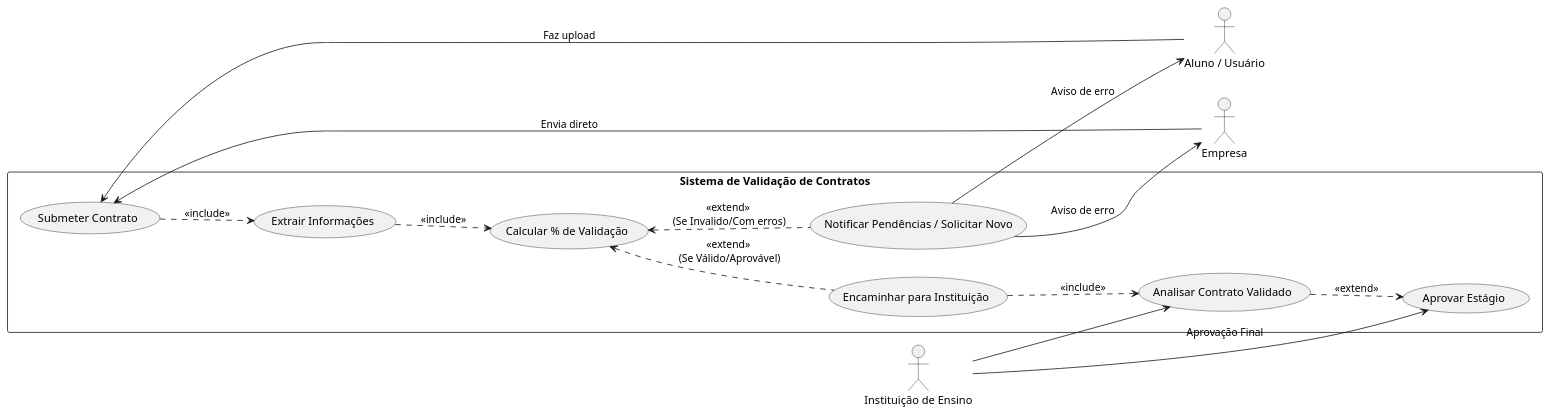
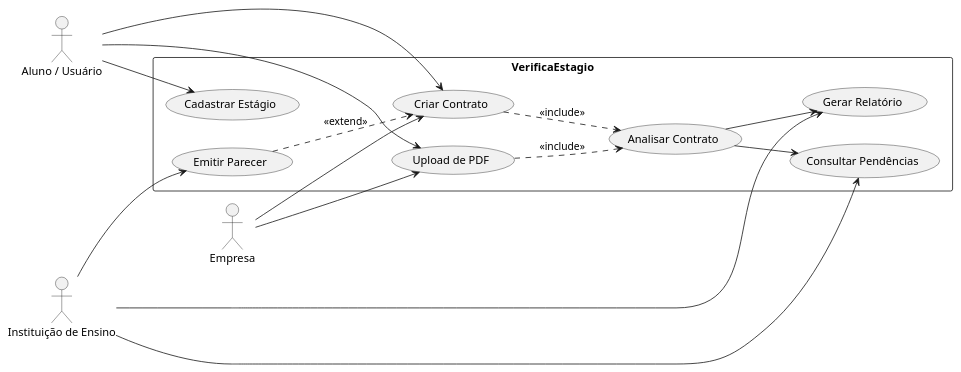
The diagram in docs/Elaboracao/casos_de_uso.md (Projetos-de-Extensao/PBE_26.1_8001_III), drawn with PlantUML before and after one commit. The commit also changed other lines of this file and 5 other files, not shown here.

````diff
--- a/docs/Elaboracao/casos_de_uso.md
+++ b/docs/Elaboracao/casos_de_uso.md
@@ -8,46 +40,38 @@
 ```plantuml
 @startuml
 left to right direction
 skinparam packageStyle rectangle
 
-' Atores
+actor "Aluno / Usuário" as Usuario
 actor "Empresa" as Empresa
-actor "Aluno / Usuário" as Aluno
 actor "Instituição de Ensino" as Instituicao
 
-' Sistema e Casos de Uso
-package "Sistema de Validação de Contratos" {
-    
-    usecase "Submeter Contrato" as UC01
-    usecase "Extrair Informações" as UC02
-    usecase "Calcular % de Validação" as UC03
-    usecase "Notificar Pendências / Solicitar Novo" as UC04
-    usecase "Encaminhar para Instituição" as UC05
-    usecase "Analisar Contrato Validado" as UC06
-    usecase "Aprovar Estágio" as UC07
+package "VerificaEstagio" {
+    usecase "Cadastrar Estágio" as U1
+    usecase "Criar Contrato" as U2
+    usecase "Upload de PDF" as U3
+    usecase "Analisar Contrato" as U4
+    usecase "Consultar Pendências" as U5
+    usecase "Gerar Relatório" as U6
+    usecase "Emitir Parecer" as U7
 }
 
-' Relacionamentos de Submissão
-Empresa --> UC01 : "Envia direto"
-Aluno --> UC01 : "Faz upload"
+Usuario --> U1
+Usuario --> U2
+Usuario --> U3
 
-' Fluxo Automático do Sistema (Includes)
-UC01 ..> UC02 : <<include>>
-UC02 ..> UC03 : <<include>>
+Empresa --> U2
+Empresa --> U3
 
-' Fluxos Condicionais (Extends baseados na Porcentagem)
-UC03 <.. UC04 : <<extend>> \n(Se Invalido/Com erros)
-UC03 <.. UC05 : <<extend>> \n(Se Válido/Aprovável)
+U2 ..> U4 : <<include>>
+U3 ..> U4 : <<include>>
+U4 --> U5
+U4 --> U6
 
-' Ações da Instituição
-Instituicao --> UC06
-UC05 ..> UC06 : <<include>>
-Instituicao --> UC07 : "Aprovação Final"
-UC06 ..> UC07 : <<extend>>
-
-' Notificações de retorno
-UC04 --> Empresa : "Aviso de erro"
-UC04 --> Aluno : "Aviso de erro"
+Instituicao --> U5
+Instituicao --> U6
+Instituicao --> U7
+U7 ..> U2 : <<extend>>
 
 @enduml
 ```
````
